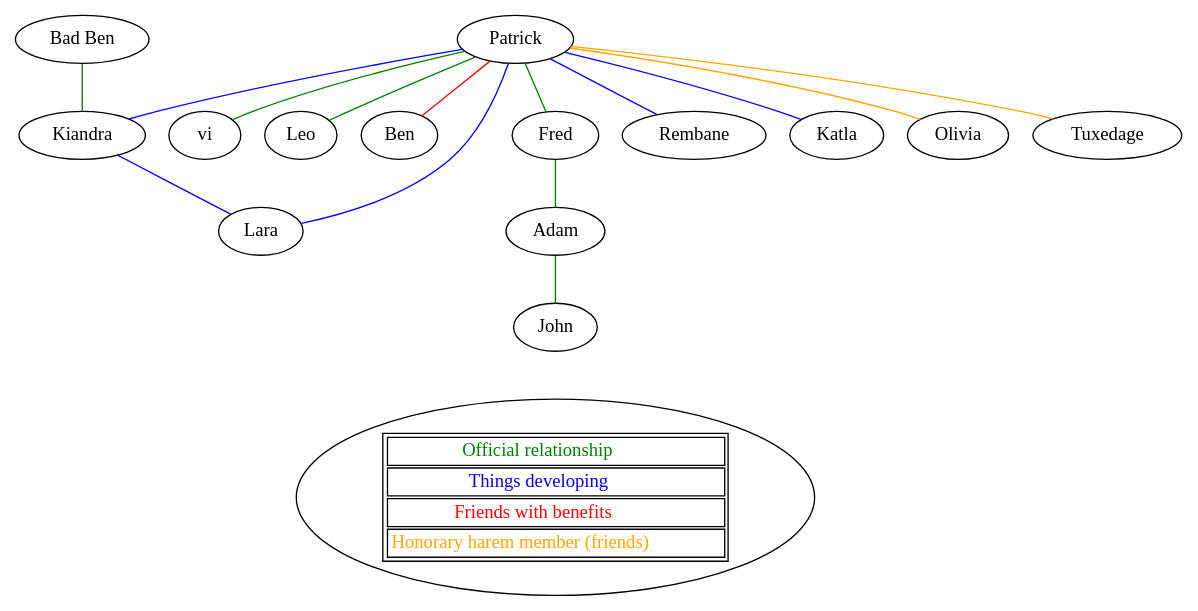
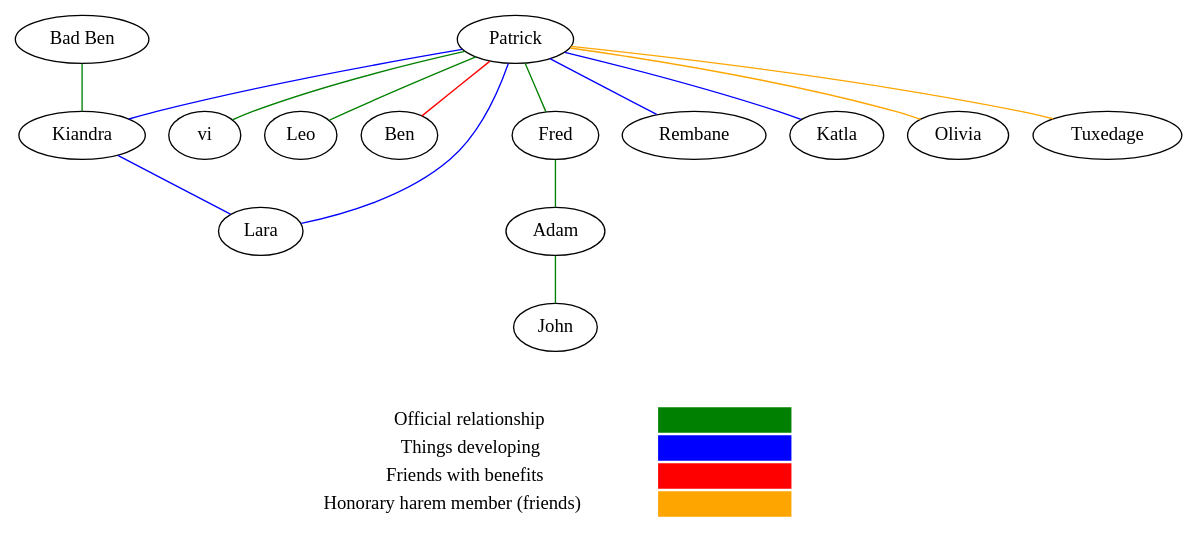
Before and after one commit to Cradam/polygraph: the diagram in harem.dot, drawn with Graphviz.

Commit message:
Slightly less shitty legend.

```diff
--- a/harem.dot
+++ b/harem.dot
@@ -1,39 +1,39 @@
 graph harem {
   patrick [label="Patrick"]
   vi [label="vi"]
   patrick -- vi [color=green]
   leo [label="Leo"]
   patrick -- leo [color=green]
   ben [label="Ben"]
   patrick -- ben [color=red]
   kiandra [label="Kiandra"]
   patrick -- kiandra [color=blue]
   lara [label="Lara"]
   patrick -- lara [color=blue]
   kiandra -- lara [color=blue]
   badben [label="Bad Ben"]
   badben -- kiandra [color=green]
   fred [label="Fred"]
   patrick -- fred [color=green]
   adam [label="Adam"]
   john [label="John"]
   fred -- adam -- john [color=green]
   rembane [label="Rembane"]
   patrick -- rembane [color=blue]
   katla [label="Katla"]
   patrick -- katla [color=blue]
   olivia [label="Olivia"]
   patrick -- olivia [color=orange]
   tuxedage [label="Tuxedage"]
   patrick -- tuxedage [color=orange]
   { rank = sink;
-    Legend [label=<
-      <table>
-        <tr><td><font color="green">Official relationship</font></td></tr>
-        <tr><td><font color="blue">Things developing</font></td></tr>
-        <tr><td><font color="red">Friends with benefits</font></td></tr>
-        <tr><td><font color="orange">Honorary harem member (friends)</font></td></tr>
+    Legend [shape=none, label=<
+      <table border="0">
+        <tr><td>Official relationship</td><td width="100px" bgcolor="green"></td></tr>
+        <tr><td>Things developing</td><td width="100px" bgcolor="blue"></td></tr>
+        <tr><td>Friends with benefits</td><td width="100px" bgcolor="red"></td></tr>
+        <tr><td>Honorary harem member (friends)</td><td width="100px" bgcolor="orange"></td></tr>
       </table>
     >];
   }
 }
```
